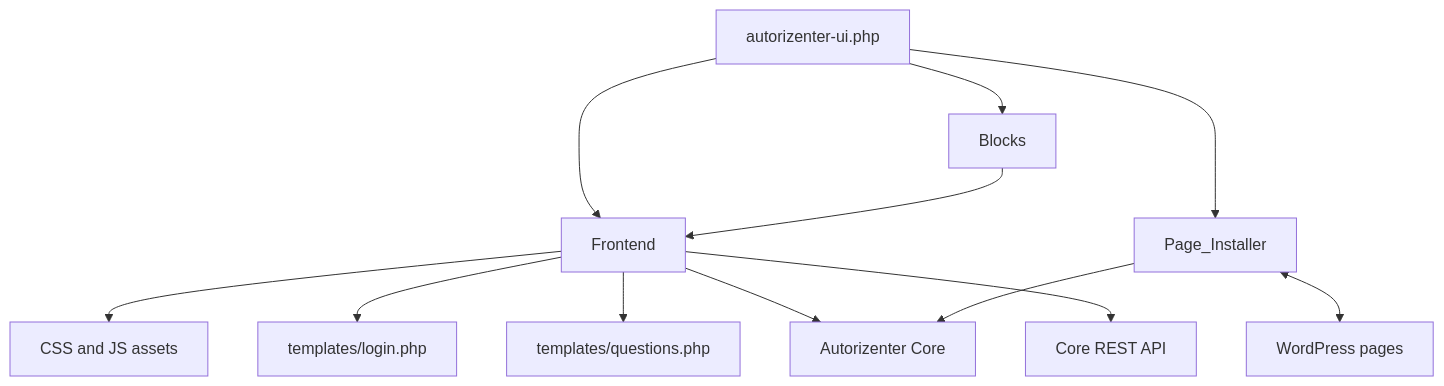
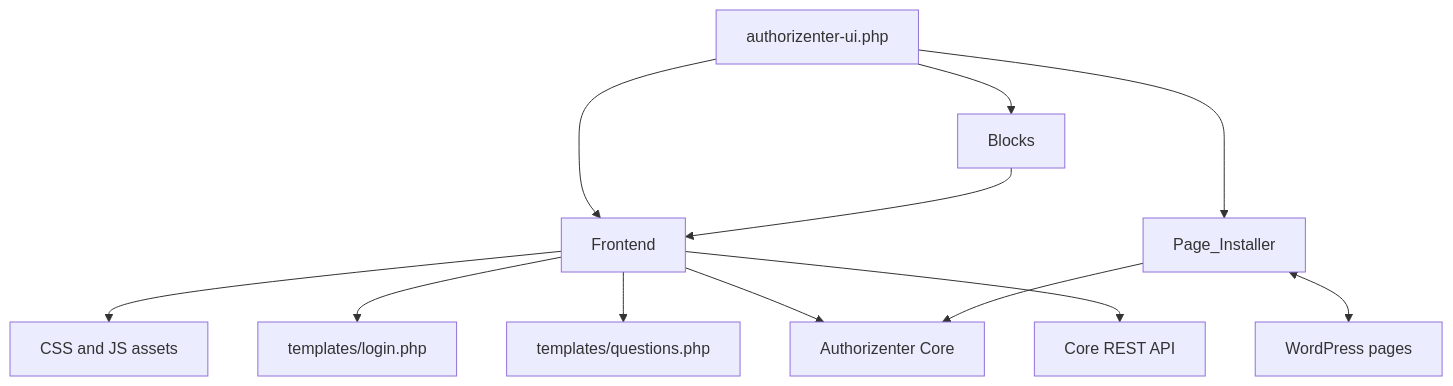
Before and after one commit to wachiravit-thitagran/Authorizenter: the sixth of 8 diagrams in ARCHITECTURE.md, drawn with Mermaid. The commit also changed other lines of this file and 124 other files, not shown here.

First line of the commit message:
refactor: rename project autorizenter -> authorizenter (with migration)

````diff
--- a/ARCHITECTURE.md
+++ b/ARCHITECTURE.md
@@ -291,25 +291,25 @@
 ```mermaid
 flowchart TD
-  UIEntry["autorizenter-ui.php"]
+  UIEntry["authorizenter-ui.php"]
   Frontend["Frontend"]
   Blocks["Blocks"]
   Pages["Page_Installer"]
   Assets["CSS and JS assets"]
   LoginTpl["templates/login.php"]
   QuestionsTpl["templates/questions.php"]
-  Core["Autorizenter Core"]
+  Core["Authorizenter Core"]
   REST["Core REST API"]
   Posts["WordPress pages"]
 
   UIEntry --> Frontend
   UIEntry --> Blocks
   UIEntry --> Pages
   Frontend --> Assets
   Frontend --> LoginTpl
   Frontend --> QuestionsTpl
   Frontend --> Core
   Frontend --> REST
   Blocks --> Frontend
   Pages <--> Posts
   Pages --> Core
 ```
````
